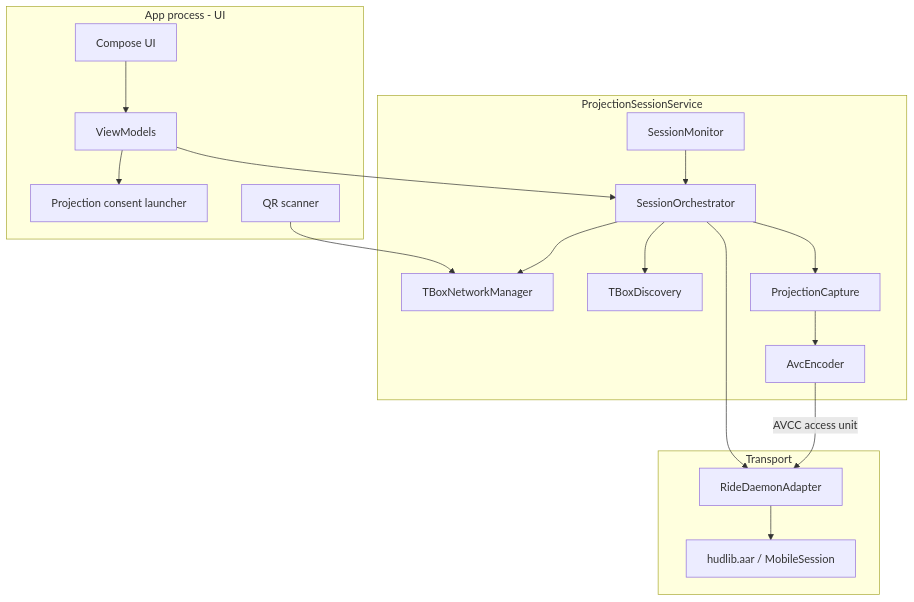
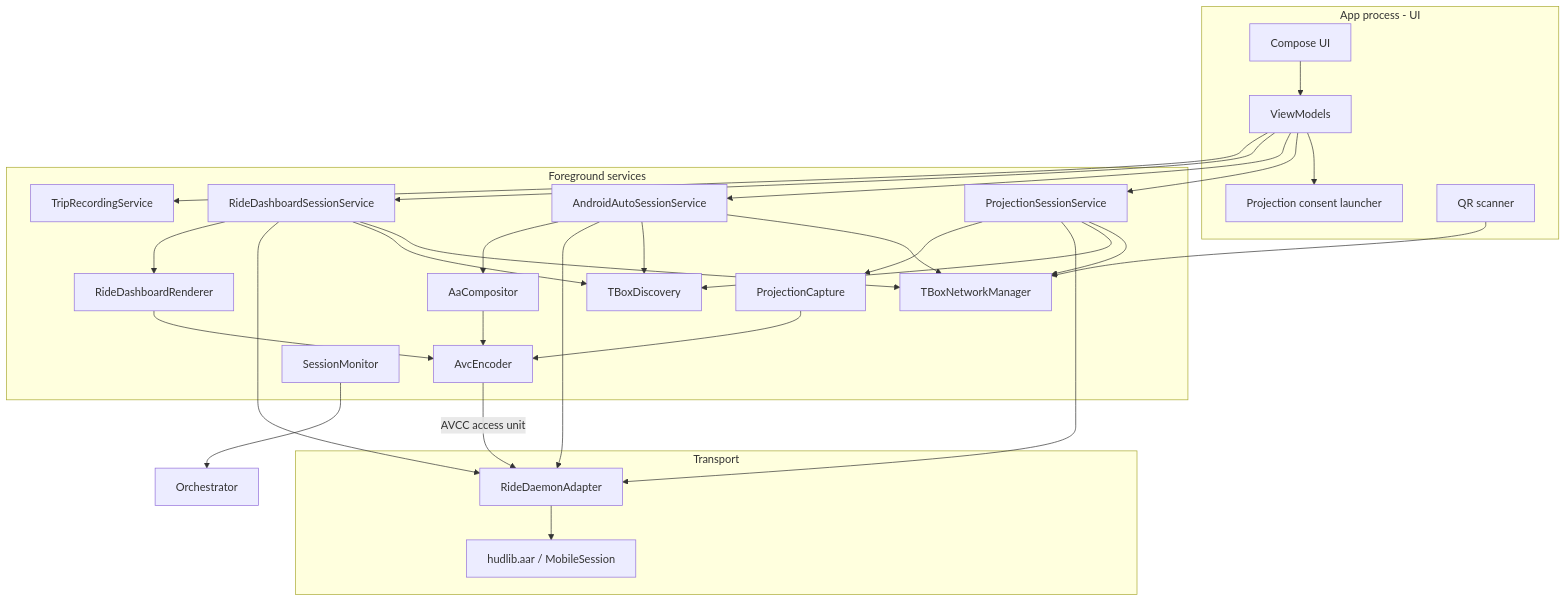
One commit to giutrec/MOTO-HUB changed the second of 4 diagrams in documentation/ARCHITECTURE.md. Above: the diagram before and after it, drawn with Mermaid. The commit also changed other lines of this file and 281 other files, not shown here.

First line of the commit message:
WIP: ride dashboard, trips, native navigation, AA protocol updates, T-Box additions

````diff
--- a/documentation/ARCHITECTURE.md
+++ b/documentation/ARCHITECTURE.md
@@ -33,36 +38,54 @@
 ```mermaid
 flowchart TB
     subgraph UI["App process - UI"]
         Compose["Compose UI"]
         VM["ViewModels"]
         Consent["Projection consent launcher"]
         QR["QR scanner"]
     end
 
-    subgraph Service["ProjectionSessionService"]
-        Orchestrator["SessionOrchestrator"]
+    subgraph Service["Foreground services"]
+        Projection["ProjectionSessionService"]
+        AndroidAuto["AndroidAutoSessionService"]
+        Dashboard["RideDashboardSessionService"]
+        Trips["TripRecordingService"]
         Network["TBoxNetworkManager"]
         Discovery["TBoxDiscovery"]
         Capture["ProjectionCapture"]
+        Compositor["AaCompositor"]
+        DashboardRenderer["RideDashboardRenderer"]
         Encoder["AvcEncoder"]
         Monitor["SessionMonitor"]
     end
 
     subgraph Native["Transport"]
         Adapter["RideDaemonAdapter"]
         AAR["hudlib.aar / MobileSession"]
     end
 
     Compose --> VM
     VM --> Consent
-    VM --> Orchestrator
+    VM --> Projection
+    VM --> AndroidAuto
+    VM --> Dashboard
+    VM --> Trips
     QR --> Network
-    Orchestrator --> Network
-    Orchestrator --> Discovery
-    Orchestrator --> Adapter
-    Orchestrator --> Capture
+    Projection --> Network
+    AndroidAuto --> Network
+    Dashboard --> Network
+    Projection --> Discovery
+    AndroidAuto --> Discovery
+    Dashboard --> Discovery
+    Projection --> Adapter
+    AndroidAuto --> Adapter
+    Dashboard --> Adapter
+    Projection --> Capture
+    AndroidAuto --> Compositor
+    Dashboard --> DashboardRenderer
     Capture --> Encoder
+    Compositor --> Encoder
+    DashboardRenderer --> Encoder
     Encoder -->|"AVCC access unit"| Adapter
     Adapter --> AAR
     Monitor --> Orchestrator
 ```
````
